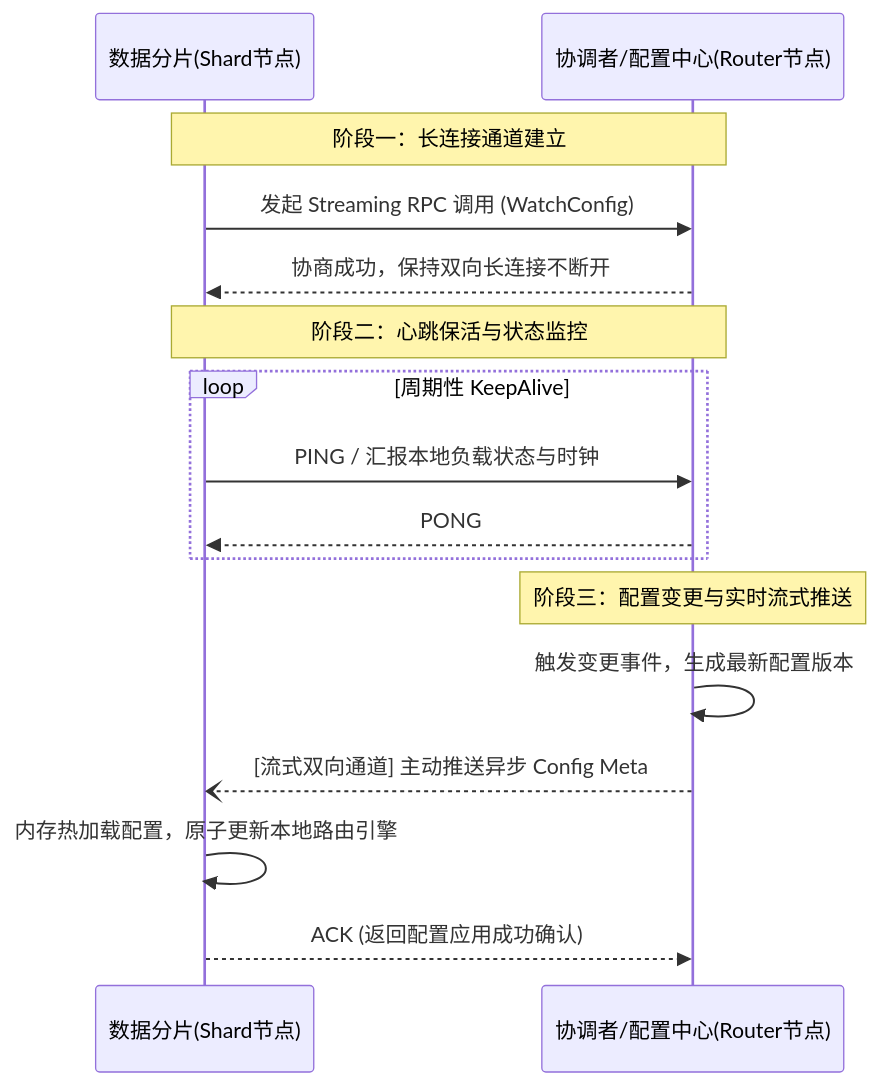
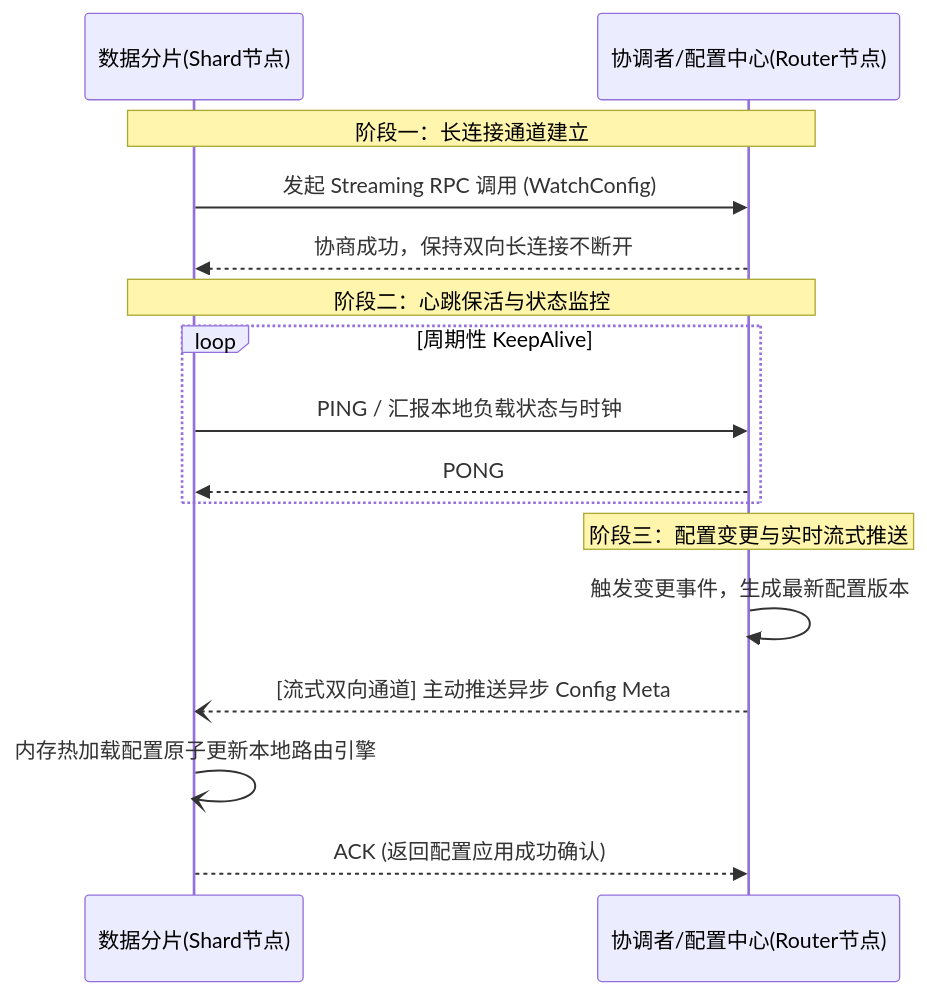
Before and after one commit to ZhangJihua0327/master-thesis: the diagram in figures/mmd/long-conn.mmd, drawn with Mermaid. The commit also changed 2 other files, not shown here.

```diff
--- a/figures/mmd/long-conn.mmd
+++ b/figures/mmd/long-conn.mmd
@@ -1,39 +1,40 @@
 %%{init: {
 'theme': 'default',
 'themeVariables': {
-'fontSize': '25px',
+'fontSize': '24px',
 'fontFamily': 'sans-serif, Arial',
-'actorFontSize': '25px',
-'messageFontSize': '25px',
-'noteFontSize': '23px'
+'actorFontSize': '24px',
+'messageFontSize': '24px',
+'noteFontSize': '21px'
 },
 'sequence': {
-'messageMargin': 2,      // 箭头行间距 → 更小
-'noteMargin': 2,         // Note 块上下间距 → 更小
-'actorMargin': 20,       // 最顶部参与者间距压缩
-'boxMargin': 3,          // 文字到边框内边距压到最小（不撑高）
-'loopMargin': 2,         // loop 内部间距极度压缩（关键！压高度）
-'bottomMarginAdj': 0,    // 去掉底部空白
-'topMarginAdj': 0,       // 去掉顶部多余空白
-'maxWidth': 900          // 宽度完全固定不变
+'messageMargin': 0,
+'noteMargin': 4,
+'actorMargin': 100,
+'boxMargin': 8,
+'loopMargin': 0,
+'bottomMarginAdj': -10,
+'topMarginAdj': -10,
+'maxWidth': 1200
 }
 }}%%
 sequenceDiagram
     participant Shard as 数据分片(Shard节点)
     participant Router as 协调者/配置中心(Router节点)
 
     Note over Shard, Router: 阶段一：长连接通道建立
     Shard->>Router: 发起 Streaming RPC 调用 (WatchConfig)
     Router-->>Shard: 协商成功，保持双向长连接不断开
 
     Note over Shard, Router: 阶段二：心跳保活与状态监控
     loop 周期性 KeepAlive
         Shard->>Router: PING / 汇报本地负载状态与时钟
         Router-->>Shard: PONG
     end
 
     Note over Router: 阶段三：配置变更与实时流式推送
     Router->>Router: 触发变更事件，生成最新配置版本
     Router--)Shard: [流式双向通道] 主动推送异步 Config Meta
-    Shard->>Shard: 内存热加载配置，原子更新本地路由引擎
+    %% 关键优化：长文字放到右侧，不占用纵向高度
+    Shard-)Shard: 内存热加载配置原子更新本地路由引擎
     Shard-->>Router: ACK (返回配置应用成功确认)
```
